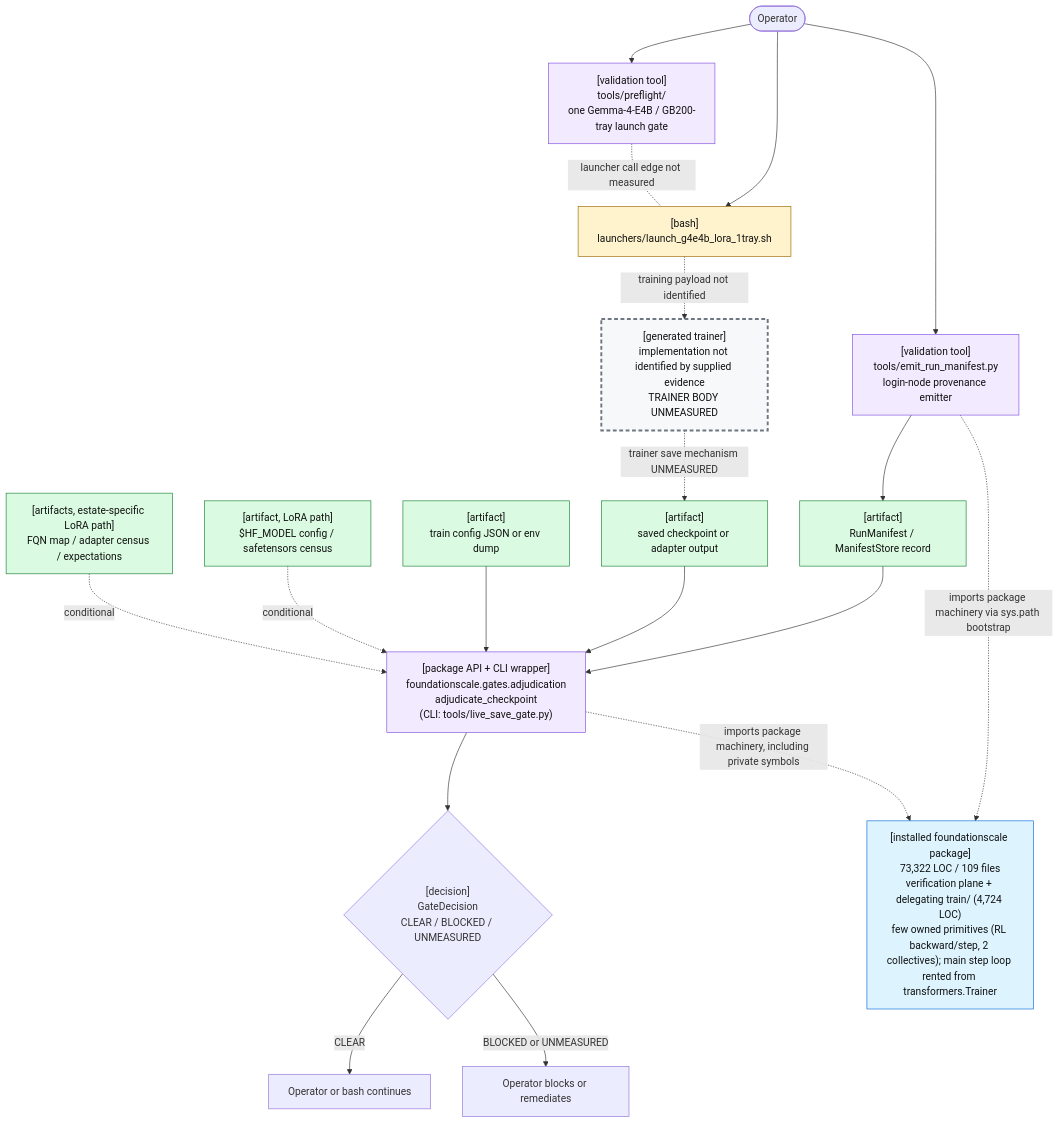
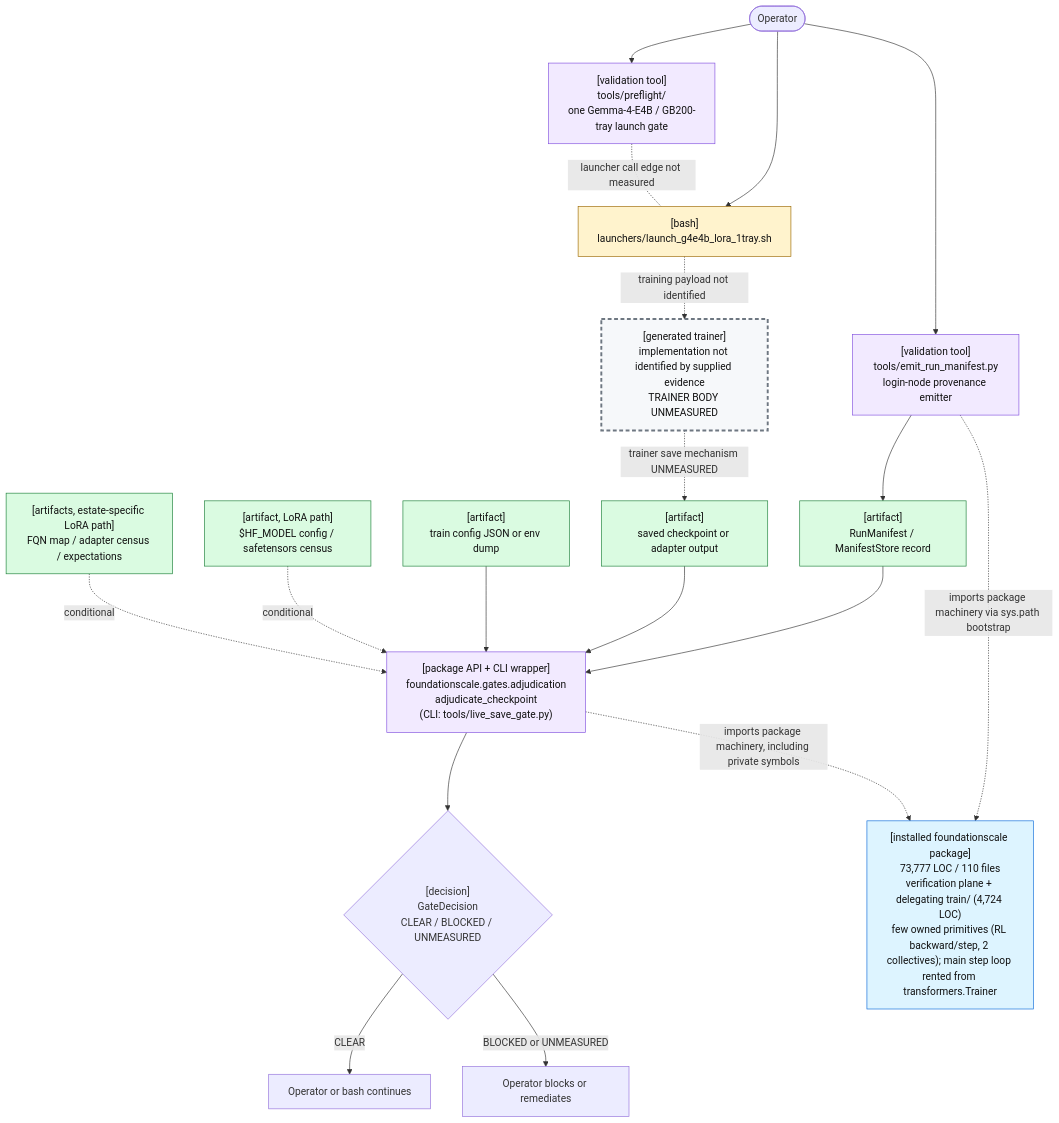
The first of 2 diagrams in docs/review/D2_current_architecture.md (TranNhiem/FoundationScale), drawn with Mermaid before and after one commit. The commit also changed other lines of this file and 22 other files, not shown here.

````diff
--- a/docs/review/D2_current_architecture.md
+++ b/docs/review/D2_current_architecture.md
@@ -25,59 +25,59 @@
 ```mermaid
 flowchart TB
   O(["Operator"])
 
   PF["[validation tool]<br/>tools/preflight/<br/>one Gemma-4-E4B / GB200-tray launch gate"]
   L["[bash]<br/>launchers/launch_g4e4b_lora_1tray.sh"]
 
   E["[validation tool]<br/>tools/emit_run_manifest.py<br/>login-node provenance emitter"]
   M["[artifact]<br/>RunManifest / ManifestStore record"]
 
   T["[generated trainer]<br/>implementation not identified by supplied evidence<br/>TRAINER BODY UNMEASURED"]
   C["[artifact]<br/>saved checkpoint or adapter output"]
 
   G["[package API + CLI wrapper]<br/>foundationscale.gates.adjudication<br/>adjudicate_checkpoint<br/>(CLI: tools/live_save_gate.py)"]
   CFG["[artifact]<br/>train config JSON or env dump"]
   BASE["[artifact, LoRA path]<br/>$HF_MODEL config / safetensors census"]
   CEN["[artifacts, estate-specific LoRA path]<br/>FQN map / adapter census / expectations"]
 
   D{"[decision]<br/>GateDecision<br/>CLEAR / BLOCKED / UNMEASURED"}
   OK["Operator or bash continues"]
   NO["Operator blocks or remediates"]
 
-  PKG["[installed foundationscale package]<br/>73,322 LOC / 109 files<br/>verification plane + delegating train/ (4,724 LOC)<br/>few owned primitives (RL backward/step, 2 collectives); main step loop rented from transformers.Trainer"]
+  PKG["[installed foundationscale package]<br/>73,777 LOC / 110 files<br/>verification plane + delegating train/ (4,724 LOC)<br/>few owned primitives (RL backward/step, 2 collectives); main step loop rented from transformers.Trainer"]
 
   O --> PF
   O --> L
   PF -. "launcher call edge not measured" .- L
 
   O --> E
   E --> M
 
   L -. "training payload not identified" .-> T
   T -. "trainer save mechanism UNMEASURED" .-> C
 
   M --> G
   C --> G
   CFG --> G
   BASE -. "conditional" .-> G
   CEN -. "conditional" .-> G
 
   E -. "imports package machinery via sys.path bootstrap" .-> PKG
   G -. "imports package machinery, including private symbols" .-> PKG
 
   G --> D
   D -->|"CLEAR"| OK
   D -->|"BLOCKED or UNMEASURED"| NO
 
   classDef bash fill:#fff3cd,stroke:#9a6700,color:#111;
   classDef tool fill:#f2eaff,stroke:#8250df,color:#111;
   classDef artifact fill:#dafbe1,stroke:#1a7f37,color:#111;
   classDef gap fill:#f6f8fa,stroke:#6e7781,stroke-width:3px,stroke-dasharray: 6 4,color:#111;
   classDef pkg fill:#ddf4ff,stroke:#0969da,color:#111;
 
   class L bash;
   class PF,E,G tool;
   class M,C,CFG,BASE,CEN artifact;
   class T gap;
   class PKG pkg;
 ```
````
